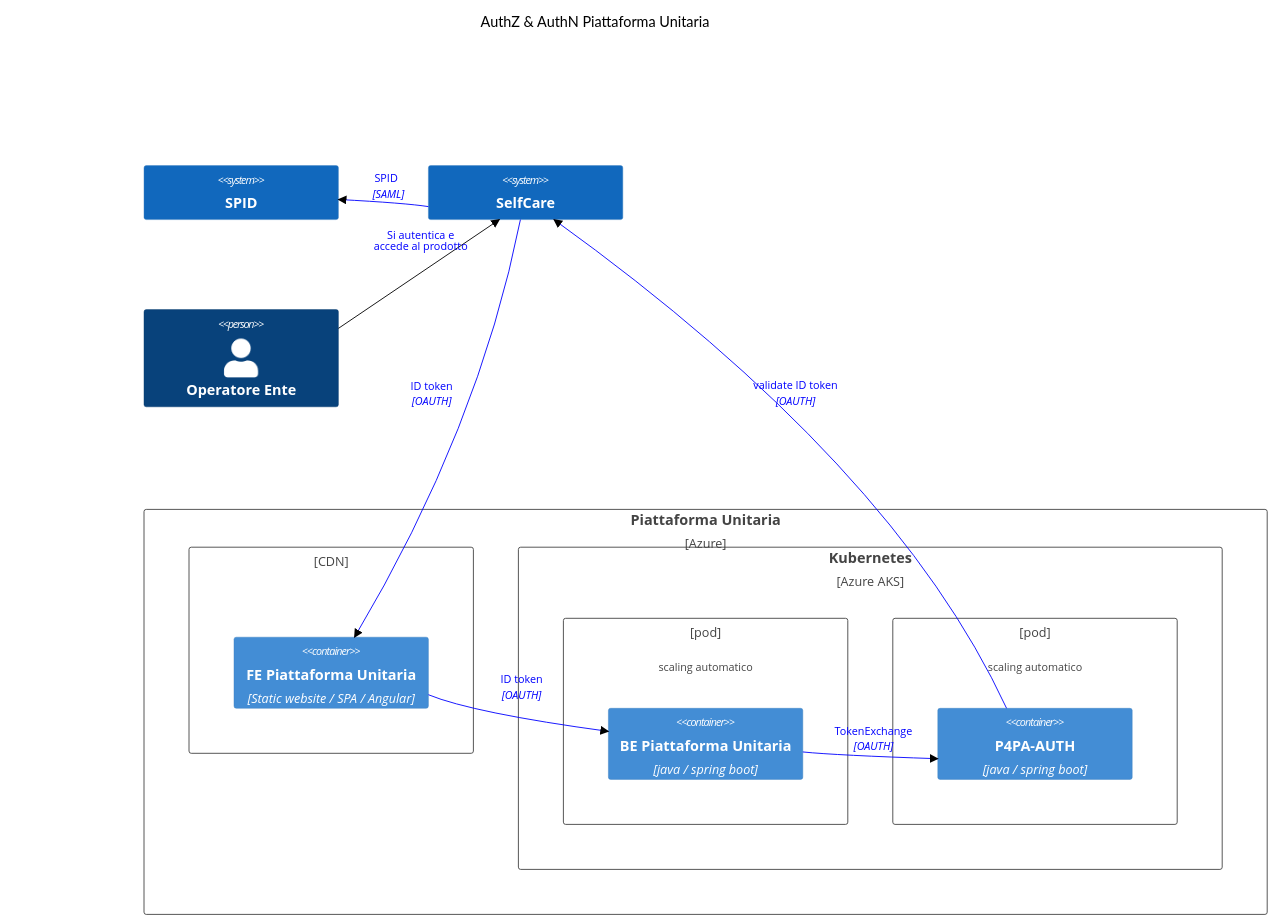
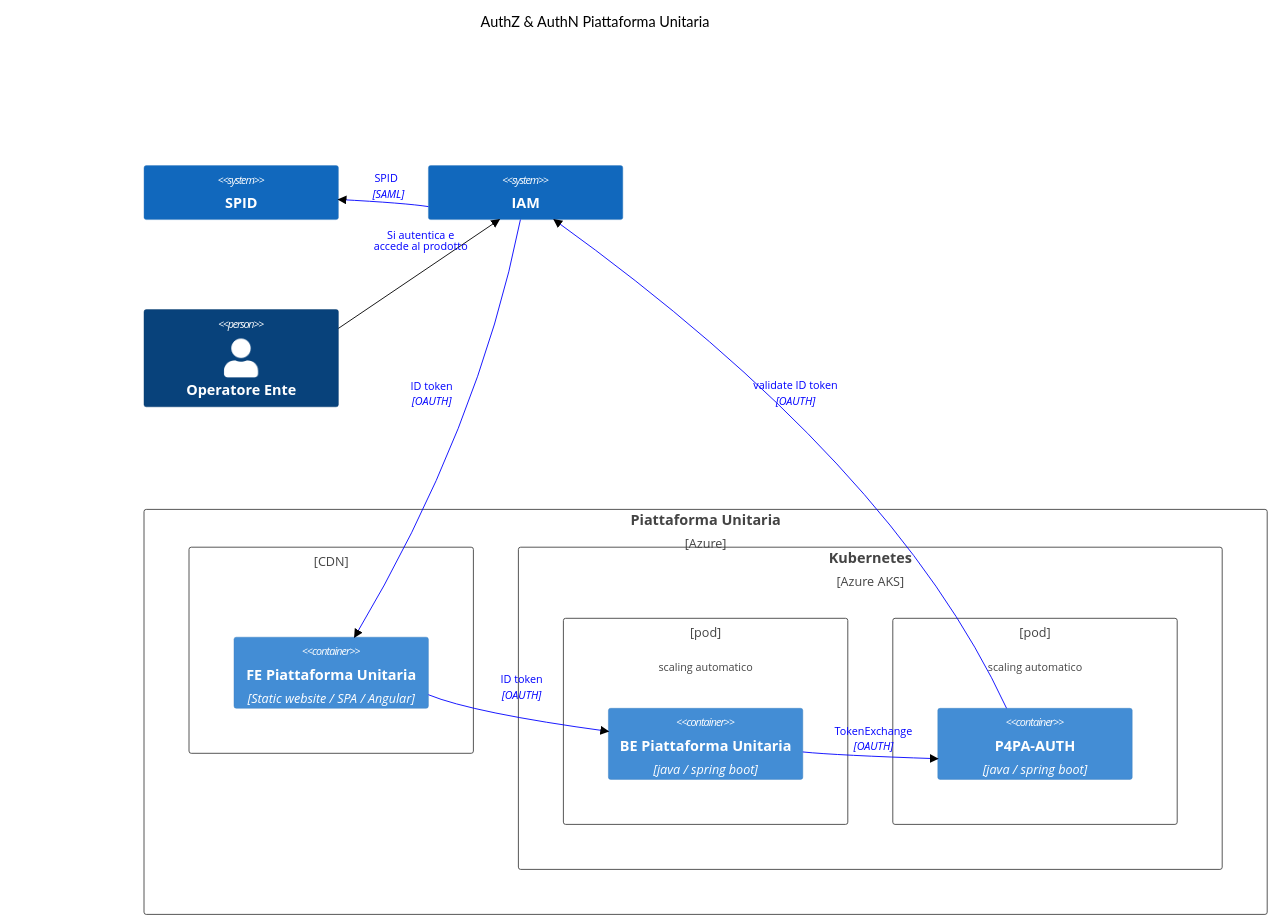
The diagram in design/auth/deployment.mmd (pagopa/p4pa-doc), drawn with Mermaid (forest theme) before and after one commit. The commit also changed 1 other file, not shown here.

Commit message:
generalized auth diagrams (#7)

```diff
--- a/design/auth/deployment.mmd
+++ b/design/auth/deployment.mmd
@@ -1,43 +1,43 @@
 C4Deployment
     title AuthZ & AuthN Piattaforma Unitaria
 
     UpdateLayoutConfig($c4ShapeInRow="3", $c4BoundaryInRow="2")
 
 
     System(spid, "SPID")
-    System(sc, "SelfCare")
+    System(sc, "IAM")
     Person(usr_ope, "Operatore Ente")
 
 
     Deployment_Node(az, "Piattaforma Unitaria", "Azure") {
         Deployment_Node(cdn, "", "CDN") {
             Container(pu_app_fe, "FE Piattaforma Unitaria", "Static website / SPA / Angular")
         }
 
         Deployment_Node(aks, "Kubernetes", "Azure AKS") {
             Deployment_Node(deploy_be, "", "pod", "scaling automatico"){
                 Container(pu_app_be, "BE Piattaforma Unitaria", "java / spring boot")
             }
             Deployment_Node(deploy_auth, "", "pod", "scaling automatico"){
                 Container(pu_iam, "P4PA-AUTH", "java / spring boot")
             }
         }
     }
 
     Rel(usr_ope, sc, "Si autentica e<BR/>accede al prodotto")
     UpdateRelStyle(usr_ope, sc, $textColor="blue", $lineColor="black", $offsetX="-50", $offsetY="-40")
 
     Rel(sc, spid, "SPID", "SAML")
     UpdateRelStyle(sc, spid, $textColor="blue", $lineColor="blue", $offsetX="-10", $offsetY="-30")
 
     Rel(sc, pu_app_fe, "ID token", "OAUTH")
     UpdateRelStyle(sc, pu_app_fe, $textColor="blue", $lineColor="blue", $offsetX="-30", $offsetY="-50")
 
     Rel(pu_app_fe, pu_app_be, "ID token", "OAUTH")
     UpdateRelStyle(pu_app_fe, pu_app_be, $textColor="blue", $lineColor="blue", $offsetX="-20", $offsetY="-40")
 
     Rel(pu_iam, sc, "validate ID token", "OAUTH")
     UpdateRelStyle(pu_iam, sc, $textColor="blue", $lineColor="blue", $offsetX="-30", $offsetY="-90")
 
     Rel(pu_app_be, pu_iam, "TokenExchange", "OAUTH")
     UpdateRelStyle(pu_app_be, pu_iam, $textColor="blue", $lineColor="blue", $offsetX="-40", $offsetY="-30")
```
